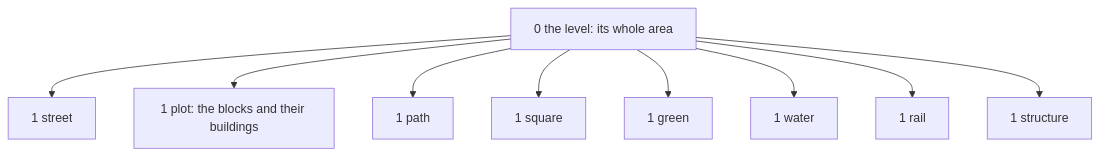
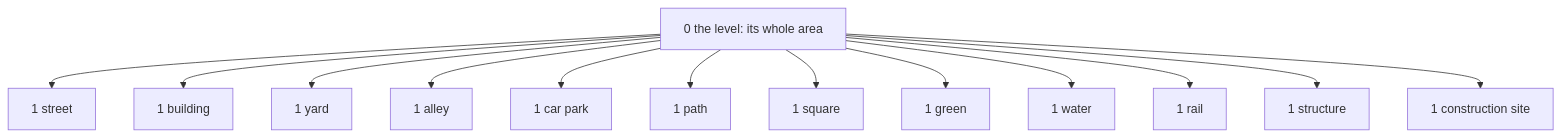
Before and after one commit to Khoshkhah/urbanstyle: the first of 4 diagrams in docs/design/steps.md, drawn with Mermaid. The commit also changed other lines of this file, not shown here.

Commit message:
docs/design/steps.md: rank 1's kinds as ground.py makes them, with the measured overlaps and gaps on Monaco (34 and 32 m2 in 2.39 km2)

````diff
--- a/docs/design/steps.md
+++ b/docs/design/steps.md
@@ -27,11 +27,15 @@
 ```mermaid
 flowchart TD
     L0[0 the level: its whole area] --> K1[1 street]
-    L0 --> K2[1 plot: the blocks and their buildings]
-    L0 --> K3[1 path]
-    L0 --> K4[1 square]
-    L0 --> K5[1 green]
-    L0 --> K6[1 water]
-    L0 --> K7[1 rail]
-    L0 --> K8[1 structure]
+    L0 --> K2[1 building]
+    L0 --> K3[1 yard]
+    L0 --> K4[1 alley]
+    L0 --> K5[1 car park]
+    L0 --> K6[1 path]
+    L0 --> K7[1 square]
+    L0 --> K8[1 green]
+    L0 --> K9[1 water]
+    L0 --> K10[1 rail]
+    L0 --> K11[1 structure]
+    L0 --> K12[1 construction site]
 ```
````
